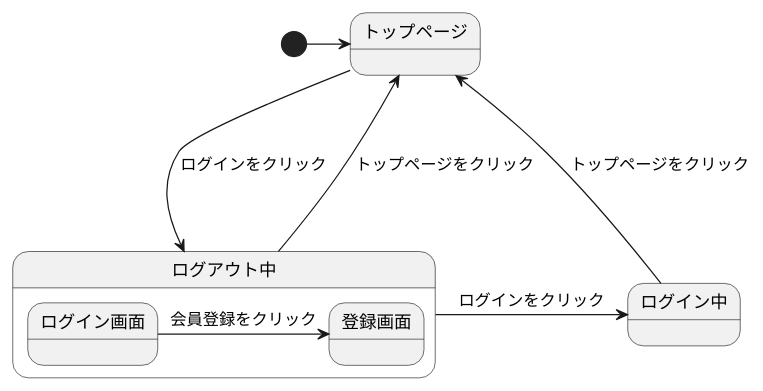
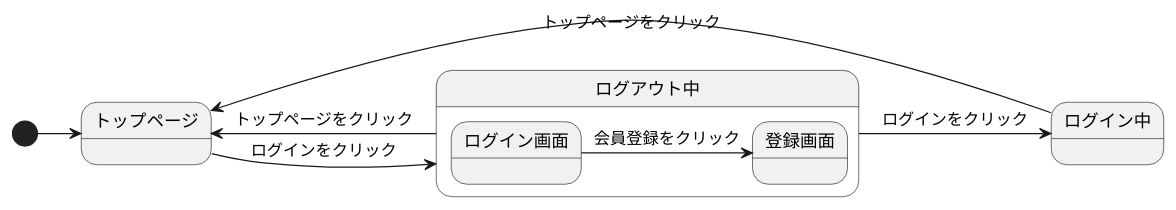
One commit to Aso2001409/2021sys-design changed the diagram in gamen2.md. Above: the diagram before and after it, drawn with PlantUML.

````diff
--- a/gamen2.md
+++ b/gamen2.md
@@ -1,15 +1,15 @@
 ```uml
 @startuml
 [*]->トップページ
-トップページ--->ログアウト中 :ログインをクリック
+トップページ->ログアウト中 :ログインをクリック
 ログアウト中->トップページ :トップページをクリック
 ログイン中->トップページ :トップページをクリック
 state ログアウト中{
   ログイン画面->登録画面 :会員登録をクリック
 }
 ログアウト中->ログイン中 :ログインをクリック
 state ログイン中{
   
   }
 @enduml
 ```
````
